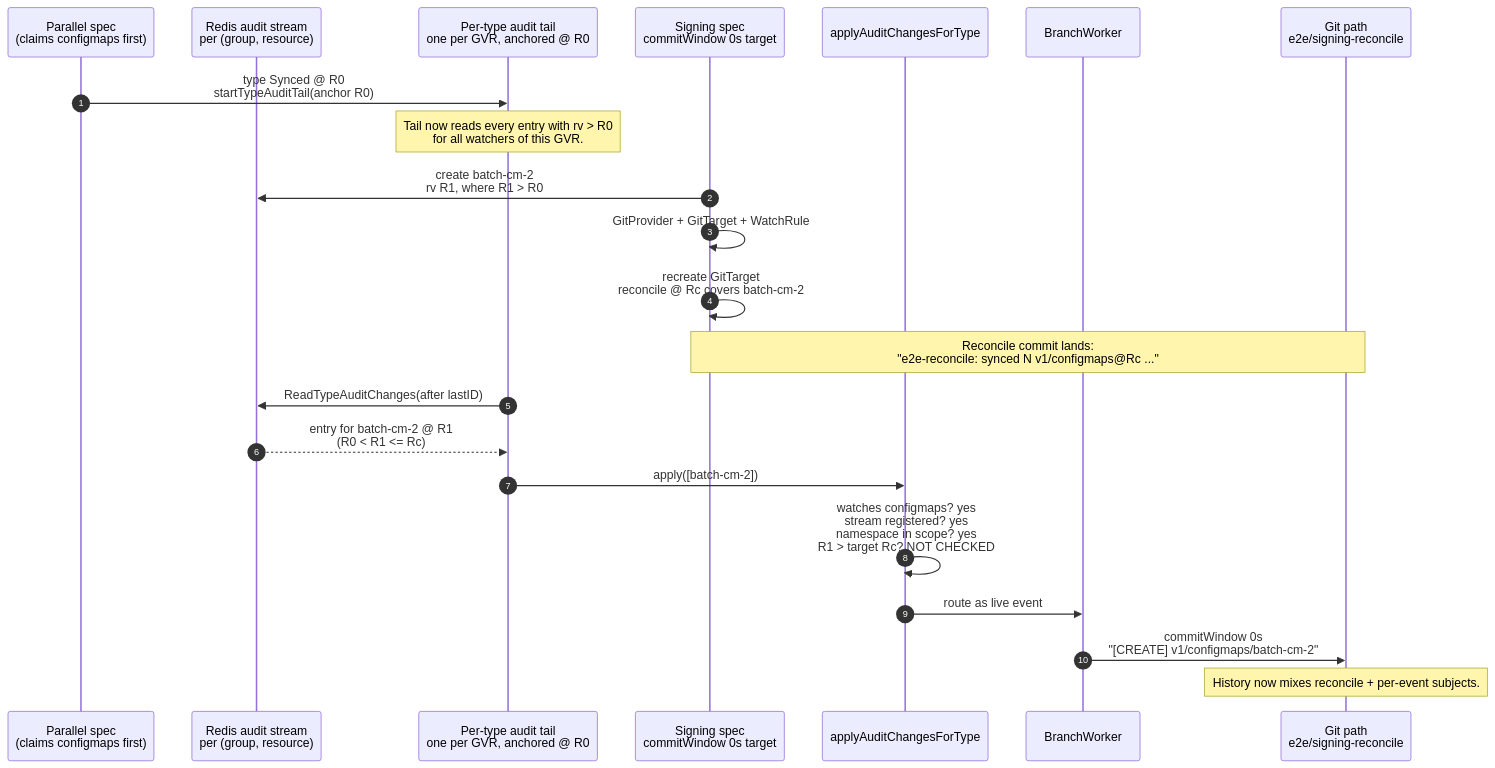
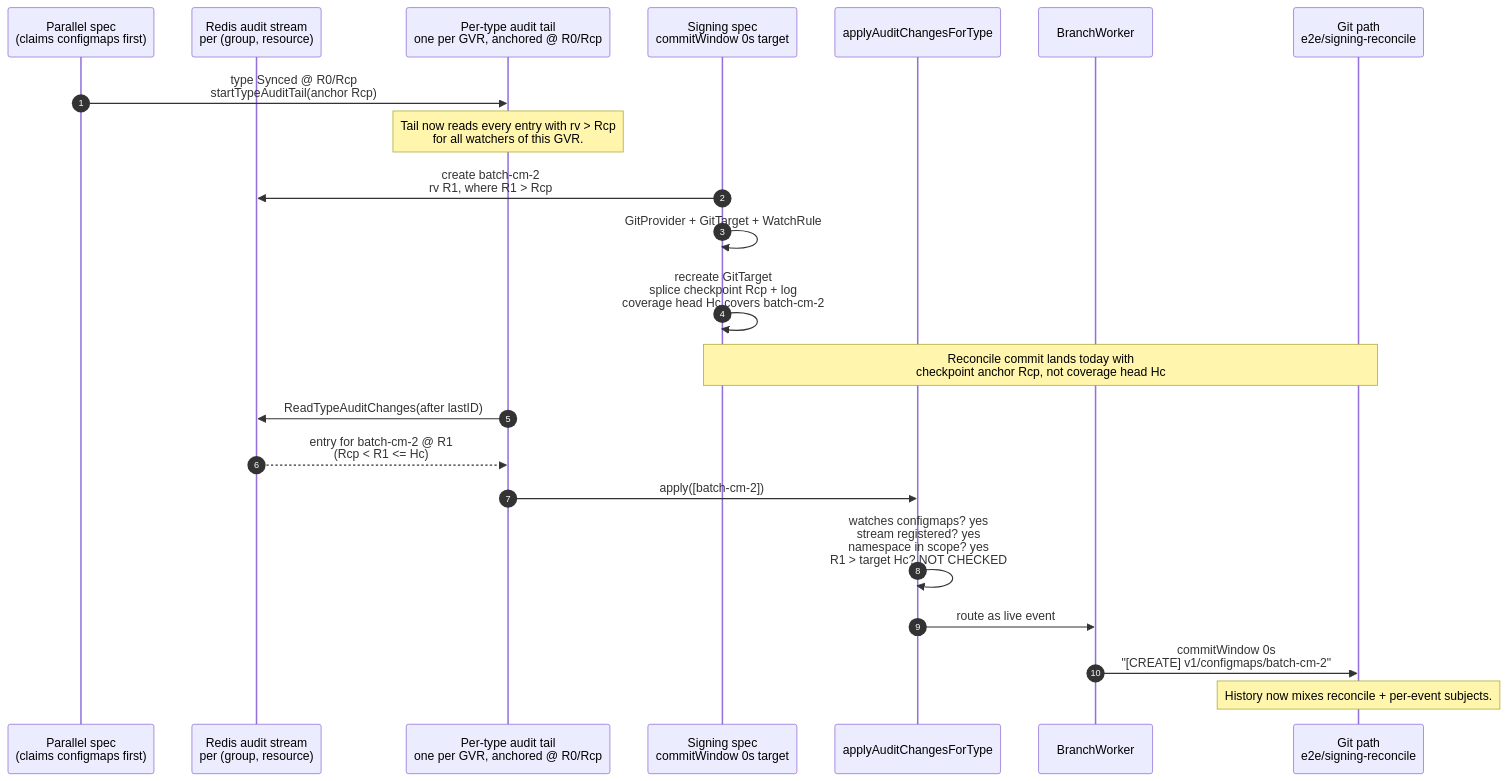
Before and after one commit to ConfigButler/gitops-reverser: the first of 7 diagrams in docs/design/stream/signing-snapshot-tail-replay-failure-investigation.md, drawn with Mermaid. The commit also changed other lines of this file and 2 other files, not shown here.

````diff
--- a/docs/design/stream/signing-snapshot-tail-replay-failure-investigation.md
+++ b/docs/design/stream/signing-snapshot-tail-replay-failure-investigation.md
@@ -138,27 +138,27 @@
 ```mermaid
 sequenceDiagram
   autonumber
   participant PT as Parallel spec<br/>(claims configmaps first)
   participant LOG as Redis audit stream<br/>per (group, resource)
-  participant TL as Per-type audit tail<br/>one per GVR, anchored @ R0
+  participant TL as Per-type audit tail<br/>one per GVR, anchored @ R0/Rcp
   participant SG as Signing spec<br/>commitWindow 0s target
   participant FAN as applyAuditChangesForType
   participant BW as BranchWorker
   participant REPO as Git path<br/>e2e/signing-reconcile
 
-  PT->>TL: type Synced @ R0<br/>startTypeAuditTail(anchor R0)
-  Note over TL: Tail now reads every entry with rv > R0<br/>for all watchers of this GVR.
+  PT->>TL: type Synced @ R0/Rcp<br/>startTypeAuditTail(anchor Rcp)
+  Note over TL: Tail now reads every entry with rv > Rcp<br/>for all watchers of this GVR.
 
-  SG->>LOG: create batch-cm-2<br/>rv R1, where R1 > R0
+  SG->>LOG: create batch-cm-2<br/>rv R1, where R1 > Rcp
   SG->>SG: GitProvider + GitTarget + WatchRule
-  SG->>SG: recreate GitTarget<br/>reconcile @ Rc covers batch-cm-2
-  Note over SG,REPO: Reconcile commit lands:<br/>"e2e-reconcile: synced N v1/configmaps@Rc ..."
+  SG->>SG: recreate GitTarget<br/>splice checkpoint Rcp + log<br/>coverage head Hc covers batch-cm-2
+  Note over SG,REPO: Reconcile commit lands today with<br/>checkpoint anchor Rcp, not coverage head Hc
 
   TL->>LOG: ReadTypeAuditChanges(after lastID)
-  LOG-->>TL: entry for batch-cm-2 @ R1<br/>(R0 < R1 <= Rc)
+  LOG-->>TL: entry for batch-cm-2 @ R1<br/>(Rcp < R1 <= Hc)
   TL->>FAN: apply([batch-cm-2])
-  FAN->>FAN: watches configmaps? yes<br/>stream registered? yes<br/>namespace in scope? yes<br/>R1 > target Rc? NOT CHECKED
+  FAN->>FAN: watches configmaps? yes<br/>stream registered? yes<br/>namespace in scope? yes<br/>R1 > target Hc? NOT CHECKED
   FAN->>BW: route as live event
   BW->>REPO: commitWindow 0s<br/>"[CREATE] v1/configmaps/batch-cm-2"
   Note over REPO: History now mixes reconcile + per-event subjects.
 ```
````
